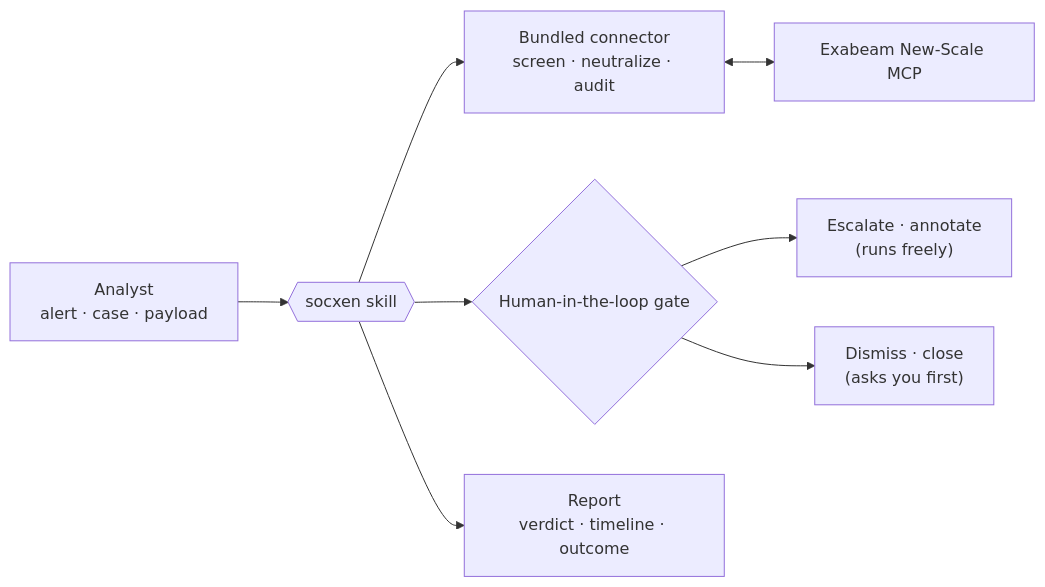
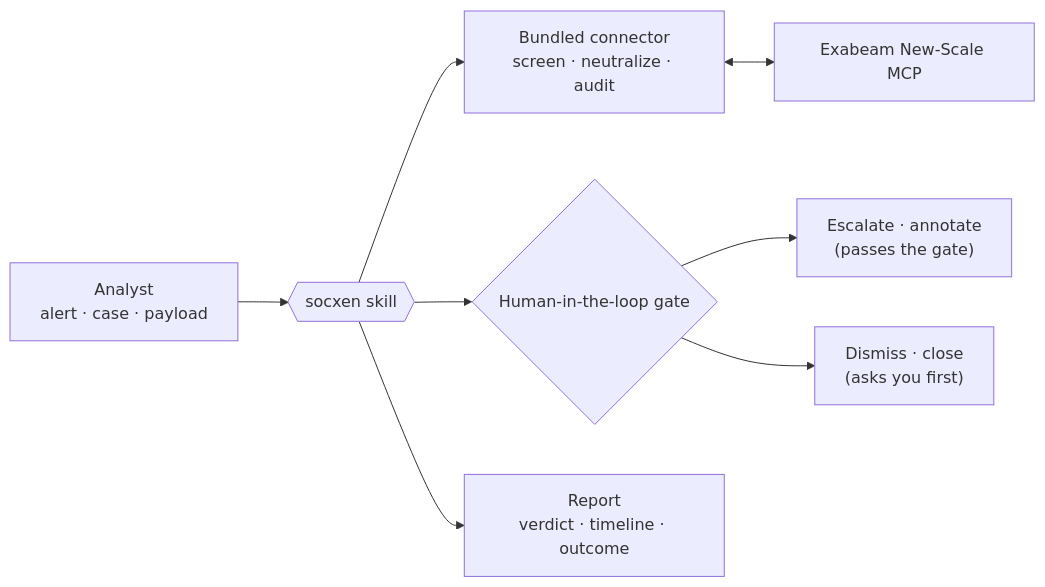
The diagram in plugin/docs/index.md (open-agent-ai-security/socxen), drawn with Mermaid before and after one commit. The commit also changed other lines of this file and 2 other files, not shown here.

First line of the commit message:
site: review fixes (#178) — mermaid renders after fonts load (labels were clipped); Codex asks on escalation too; no invented Preflight anchor; the screened definitions are the remote's; dead Overview-title branch removed

````diff
--- a/plugin/docs/index.md
+++ b/plugin/docs/index.md
@@ -46,10 +46,10 @@
 ```mermaid
 flowchart LR
   A["Analyst<br/>alert · case · payload"] --> S{{"socxen skill"}}
   S --> C["Bundled connector<br/>screen · neutralize · audit"]
   C <--> X["Exabeam New-Scale MCP"]
   S --> G{"Human-in-the-loop gate"}
-  G --> W["Escalate · annotate<br/>(runs freely)"]
+  G --> W["Escalate · annotate<br/>(passes the gate)"]
   G --> H["Dismiss · close<br/>(asks you first)"]
   S --> R["Report<br/>verdict · timeline · outcome"]
 ```
````
